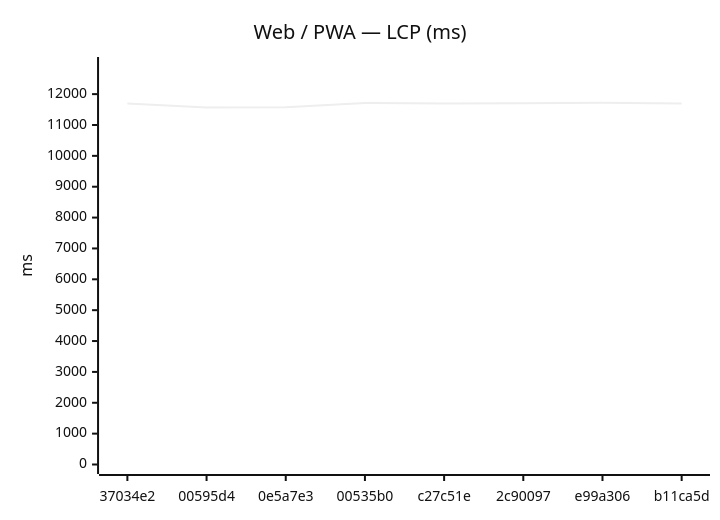
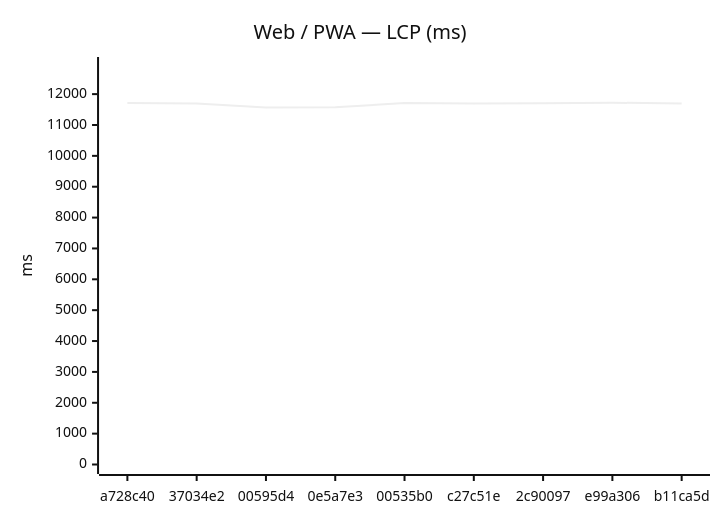
Before and after one commit to Metaheurist/Rianell: the first of 24 diagrams in benchmarks/compare.md, drawn with Mermaid (neutral theme). The commit also changed other lines of this file and 12 other files, not shown here.

````diff
--- a/benchmarks/compare.md
+++ b/benchmarks/compare.md
@@ -22,7 +23,7 @@
 ```mermaid
 xychart-beta
     title "Web / PWA — LCP (ms)"
-    x-axis ["37034e2", "00595d4", "0e5a7e3", "00535b0", "c27c51e", "2c90097", "e99a306", "b11ca5d"]
+    x-axis ["a728c40", "37034e2", "00595d4", "0e5a7e3", "00535b0", "c27c51e", "2c90097", "e99a306", "b11ca5d"]
     y-axis "ms" 0 --> 12895
-    line [11698, 11566, 11571, 11711, 11699, 11703, 11722, 11697]
+    line [11716, 11698, 11566, 11571, 11711, 11699, 11703, 11722, 11697]
 ```
````
